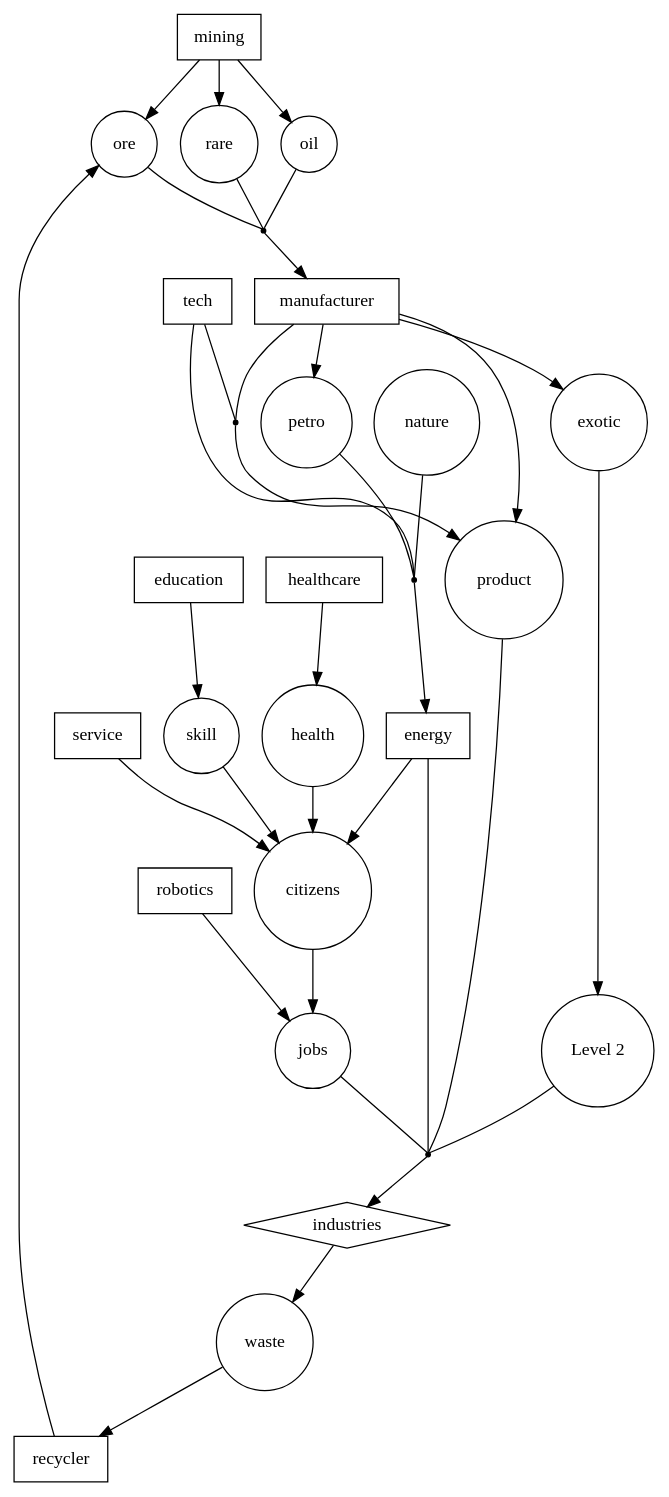
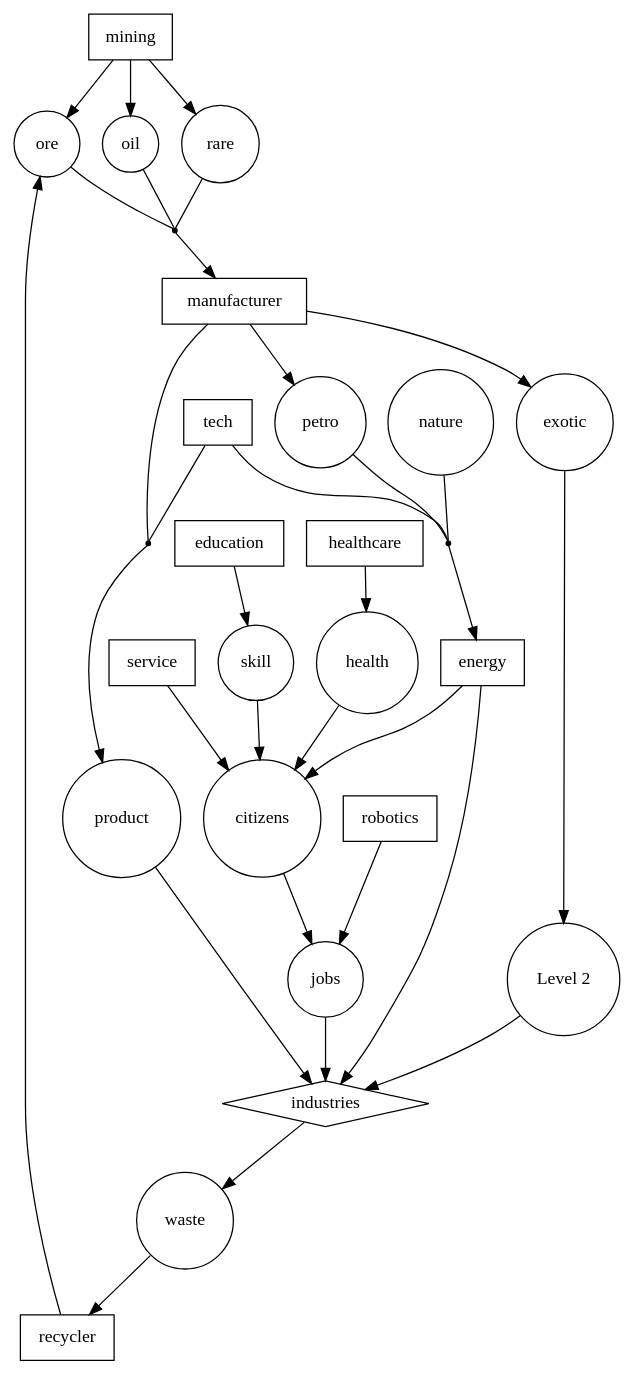
Before and after one commit to omikun/HexDSL: the diagram in python/orbitaldom/industry_dependencies.dot, drawn with Graphviz. The commit also changed 3 other files, not shown here.

```diff
--- a/python/orbitaldom/industry_dependencies.dot
+++ b/python/orbitaldom/industry_dependencies.dot
@@ -1,24 +1,24 @@
 digraph G {
     node [shape=box]
     mining, manufacturer, education, healthcare, energy, service, robotics, tech, recycler
     node [shape=diamond]
     industries
     node [shape=point]
-    energy_, product_, ore_, ind_ 
+    energy_, product_, ore_
     node [shape=circle]
 
     mining -> {ore, rare, oil} 
+    product_ -> product
+    {tech, manufacturer} -> product_ [dir=none]
     {ore, rare, oil} -> ore_ [dir=none]
-    ore_ -> manufacturer -> {petro, exotic, product}
     {petro, nature, tech} -> energy_ [dir=none]
-    {tech, manufacturer} -> product_ [dir=none]
-    product_ -> product
+    ore_ -> manufacturer -> {petro, exotic}
     energy_ -> energy
     education -> skill
     healthcare -> health
     {energy, service, skill, health} -> citizens
     {robotics, citizens} -> jobs
     exotic -> "Level 2"
-    {product, "Level 2", energy, jobs} -> ind_ [dir=none]
-    ind_ -> industries -> waste -> recycler -> ore
+    {product, "Level 2", energy, jobs} -> industries 
+    industries -> waste -> recycler -> ore
 }
```
